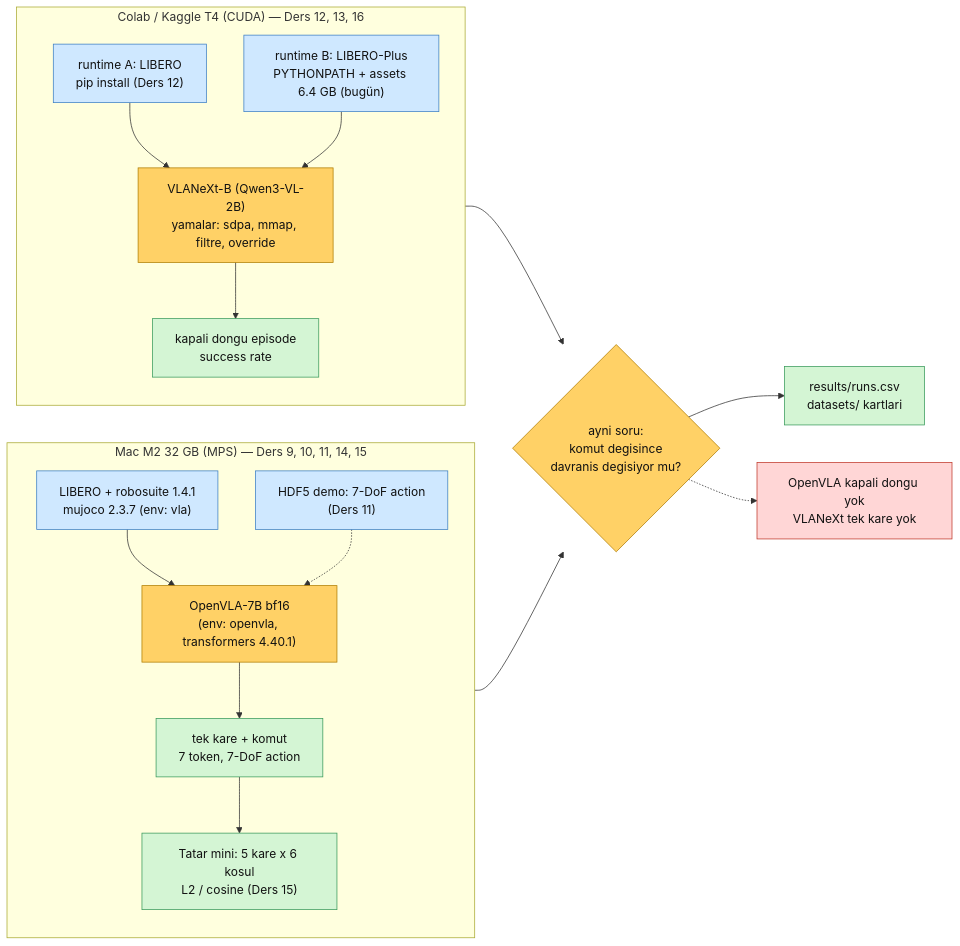
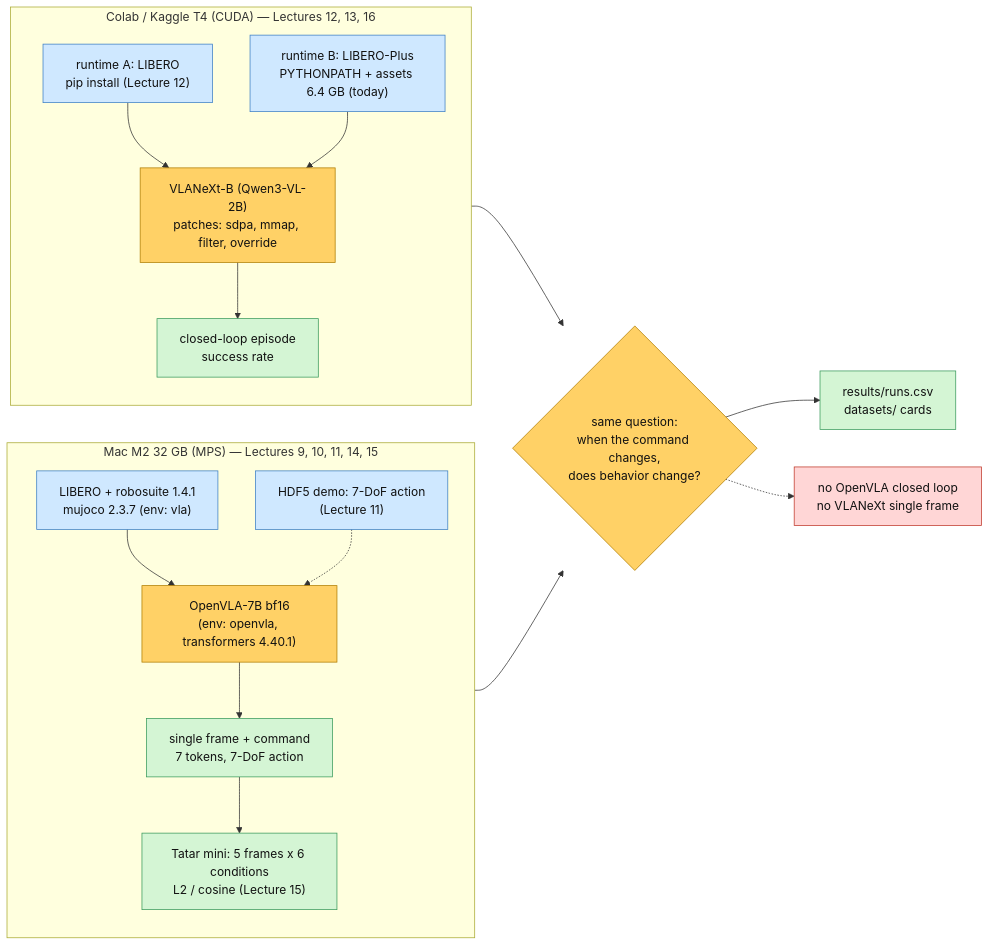
Before and after one commit to mesutd0nmez/vla-robot-learning-tr: the diagram in lectures/images/lecture-16/01-phase2-synthesis.mmd, drawn with Mermaid. The commit also changed 430 other files, not shown here.

```diff
--- a/lectures/images/lecture-16/01-phase2-synthesis.mmd
+++ b/lectures/images/lecture-16/01-phase2-synthesis.mmd
@@ -1,33 +1,33 @@
 flowchart LR
   classDef in fill:#cfe8ff,stroke:#3d7fc4,color:#111
   classDef model fill:#ffd166,stroke:#b07d00,color:#111
   classDef out fill:#d4f5d4,stroke:#3a9a5c,color:#111
   classDef bad fill:#ffd6d6,stroke:#c0392b,color:#111
 
-  subgraph MAC["Mac M2 32 GB (MPS) — Ders 9, 10, 11, 14, 15"]
+  subgraph MAC["Mac M2 32 GB (MPS) — Lectures 9, 10, 11, 14, 15"]
     direction TB
     M1["LIBERO + robosuite 1.4.1<br/>mujoco 2.3.7 (env: vla)"]:::in
-    M2["HDF5 demo: 7-DoF action<br/>(Ders 11)"]:::in
+    M2["HDF5 demo: 7-DoF action<br/>(Lecture 11)"]:::in
     M3["OpenVLA-7B bf16<br/>(env: openvla, transformers 4.40.1)"]:::model
-    M4["tek kare + komut<br/>7 token, 7-DoF action"]:::out
-    M5["Tatar mini: 5 kare x 6 kosul<br/>L2 / cosine (Ders 15)"]:::out
+    M4["single frame + command<br/>7 tokens, 7-DoF action"]:::out
+    M5["Tatar mini: 5 frames x 6 conditions<br/>L2 / cosine (Lecture 15)"]:::out
     M1 --> M3 --> M4 --> M5
     M2 -.-> M3
   end
 
-  subgraph COLAB["Colab / Kaggle T4 (CUDA) — Ders 12, 13, 16"]
+  subgraph COLAB["Colab / Kaggle T4 (CUDA) — Lectures 12, 13, 16"]
     direction TB
-    C1["runtime A: LIBERO<br/>pip install (Ders 12)"]:::in
-    C2["runtime B: LIBERO-Plus<br/>PYTHONPATH + assets 6.4 GB (bugün)"]:::in
-    C3["VLANeXt-B (Qwen3-VL-2B)<br/>yamalar: sdpa, mmap, filtre, override"]:::model
-    C4["kapali dongu episode<br/>success rate"]:::out
+    C1["runtime A: LIBERO<br/>pip install (Lecture 12)"]:::in
+    C2["runtime B: LIBERO-Plus<br/>PYTHONPATH + assets 6.4 GB (today)"]:::in
+    C3["VLANeXt-B (Qwen3-VL-2B)<br/>patches: sdpa, mmap, filter, override"]:::model
+    C4["closed-loop episode<br/>success rate"]:::out
     C1 --> C3
     C2 --> C3
     C3 --> C4
   end
 
-  M5 --> Q{"ayni soru:<br/>komut degisince<br/>davranis degisiyor mu?"}:::model
+  M5 --> Q{"same question:<br/>when the command changes,<br/>does behavior change?"}:::model
   C4 --> Q
-  Q --> R["results/runs.csv<br/>datasets/ kartlari"]:::out
-  X["OpenVLA kapali dongu yok<br/>VLANeXt tek kare yok"]:::bad
+  Q --> R["results/runs.csv<br/>datasets/ cards"]:::out
+  X["no OpenVLA closed loop<br/>no VLANeXt single frame"]:::bad
   Q -.-> X
```
